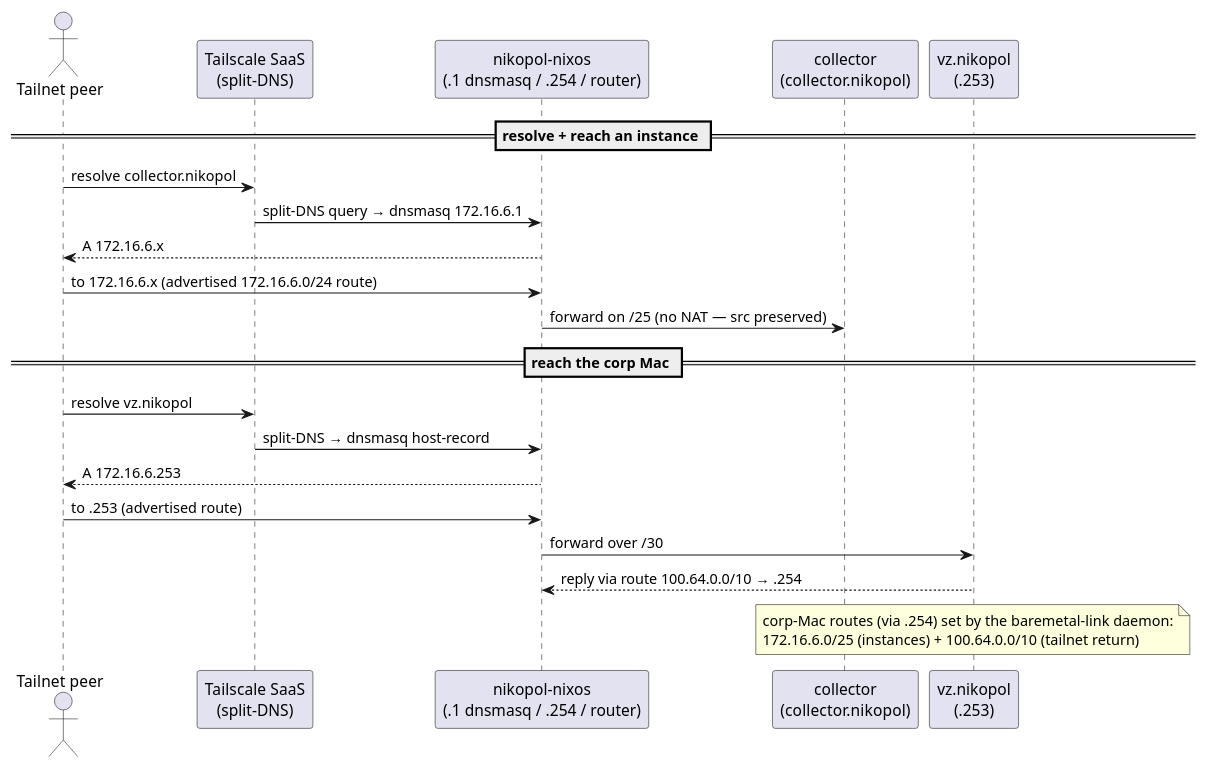
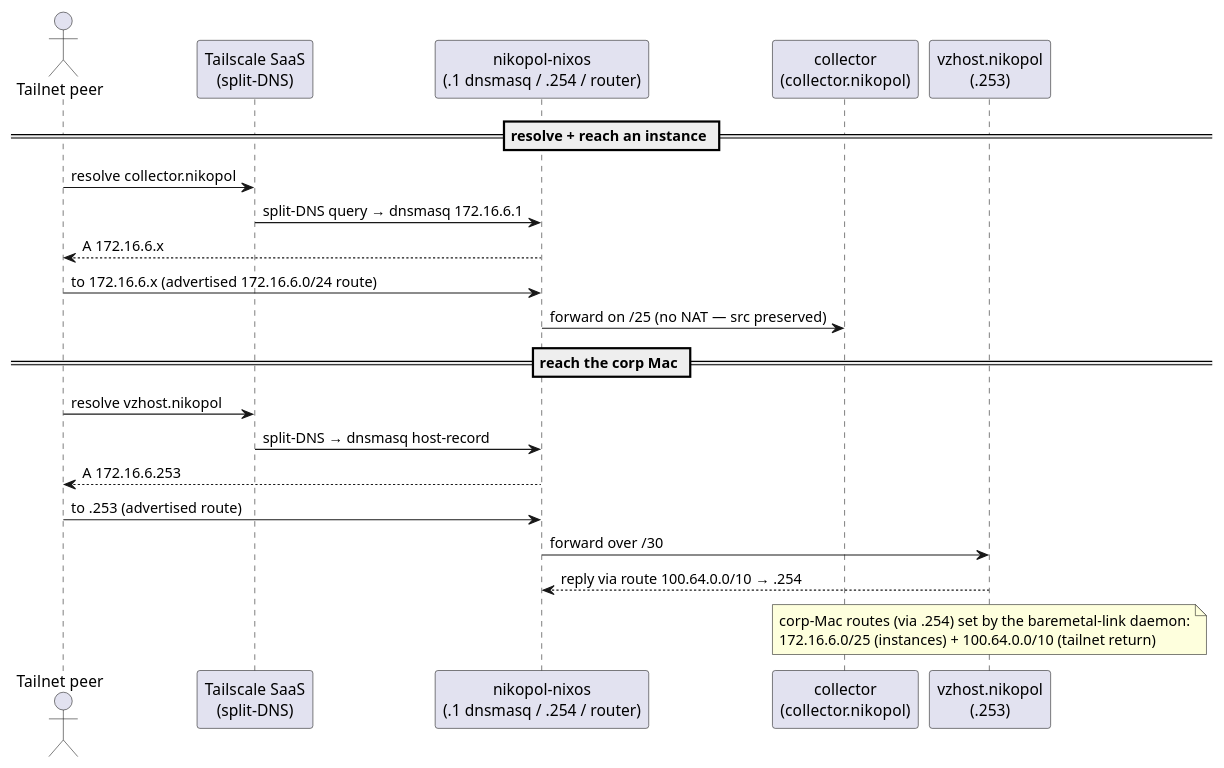
The third of 3 diagrams in docs/network-topology-c4.adoc (seedmatic/ndh), drawn with PlantUML before and after one commit. The commit also changed other lines of this file and 27 other files, not shown here.

First line of the commit message:
docs: purge retired Lima provider; integrate vzhost.nikopol rename

```diff
--- a/docs/network-topology-c4.adoc
+++ b/docs/network-topology-c4.adoc
@@ -147,26 +147,26 @@
 [plantuml,vz-host-sequence,svg]
 ----
 @startuml
 actor "Tailnet peer" as OP
 participant "Tailscale SaaS\n(split-DNS)" as TS
 participant "nikopol-nixos\n(.1 dnsmasq / .254 / router)" as NIXOS
 participant "collector\n(collector.nikopol)" as COLL
-participant "vz.nikopol\n(.253)" as VZ
+participant "vzhost.nikopol\n(.253)" as VZ
 
 == resolve + reach an instance ==
 OP -> TS : resolve collector.nikopol
 TS -> NIXOS : split-DNS query → dnsmasq 172.16.6.1
 NIXOS --> OP : A 172.16.6.x
 OP -> NIXOS : to 172.16.6.x (advertised 172.16.6.0/24 route)
 NIXOS -> COLL : forward on /25 (no NAT — src preserved)
 
 == reach the corp Mac ==
-OP -> TS : resolve vz.nikopol
+OP -> TS : resolve vzhost.nikopol
 TS -> NIXOS : split-DNS → dnsmasq host-record
 NIXOS --> OP : A 172.16.6.253
 OP -> NIXOS : to .253 (advertised route)
 NIXOS -> VZ : forward over /30
 VZ --> NIXOS : reply via route 100.64.0.0/10 → .254
 note over VZ: corp-Mac routes (via .254) set by the baremetal-link daemon:\n172.16.6.0/25 (instances) + 100.64.0.0/10 (tailnet return)
 @enduml
 ----
```
